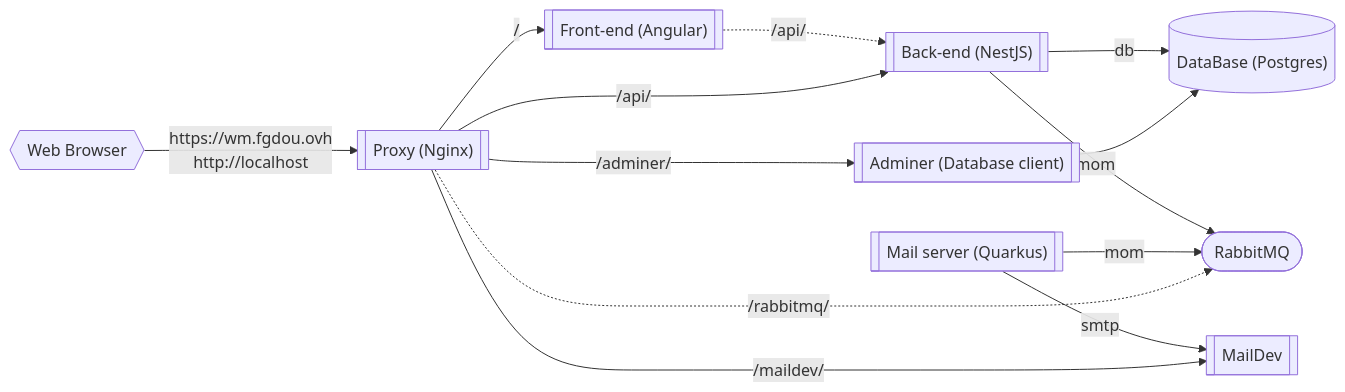
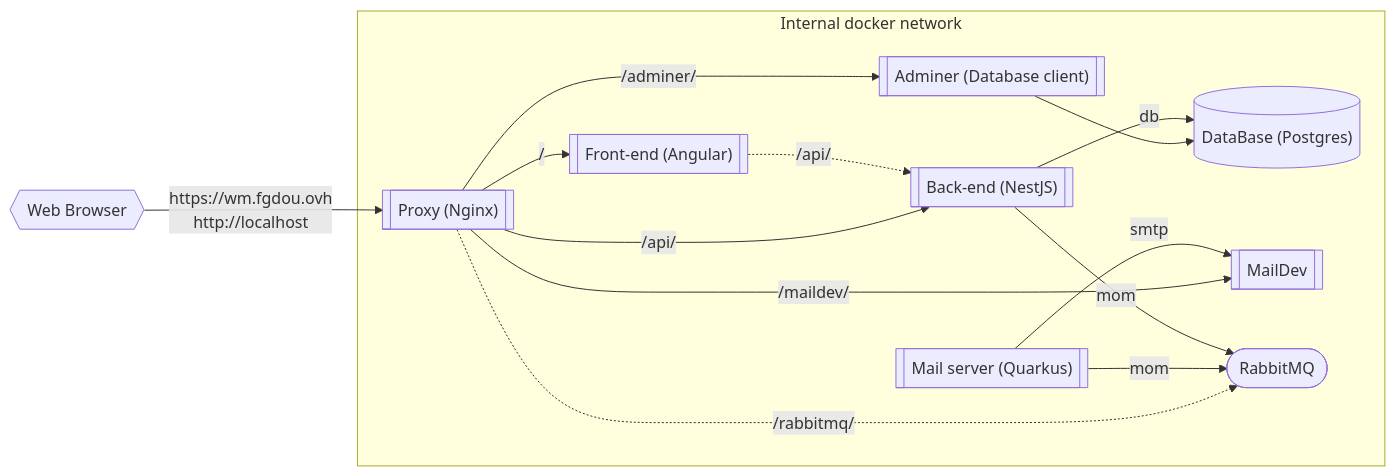
Before and after one commit to CodyAdam/my-admin-panel: the diagram in doc/services.md, drawn with Mermaid.

Commit message:
UPDATE services diagram

````diff
--- a/doc/services.md
+++ b/doc/services.md
@@ -2,27 +2,30 @@
 ```mermaid
 flowchart LR
     user{{Web Browser}}
-    db[("DataBase (Postgres)")]
-    quarkus[["Mail server (Quarkus)"]]
-    maildev[["MailDev"]]
-    mom(["RabbitMQ"])
-    proxy[["Proxy (Nginx)"]]
-    front[["Front-end (Angular)"]]
-    back[["Back-end (NestJS)"]]
-    adminer[["Adminer (Database client)"]]
+    
+    subgraph "Internal docker network"
+        db[("DataBase (Postgres)")]
+        quarkus[["Mail server (Quarkus)"]]
+        maildev[["MailDev"]]
+        mom(["RabbitMQ"])
+        proxy[["Proxy (Nginx)"]]
+        front[["Front-end (Angular)"]]
+        back[["Back-end (NestJS)"]]
+        adminer[["Adminer (Database client)"]]
+    end
     
     user --> | https://wm.fgdou.ovh \n http://localhost | proxy
 
     front .-> | /api/ | back
     back --> |db| db
     back --> |mom| mom
     quarkus --> |mom| mom
     quarkus --> |smtp| maildev
     adminer --> db
     
     proxy --> | /api/ | back
     proxy --> | / | front
     proxy .-> | /rabbitmq/ | mom
     proxy --> | /maildev/ | maildev
-    proxy --> | /adminer/ | adminer
+    proxy --> | /adminer/ | adminer 
 ```
````
